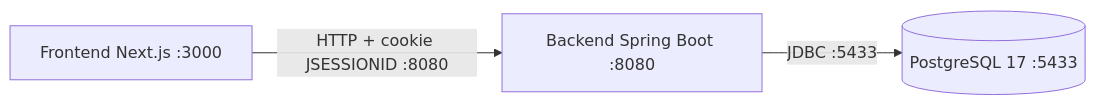
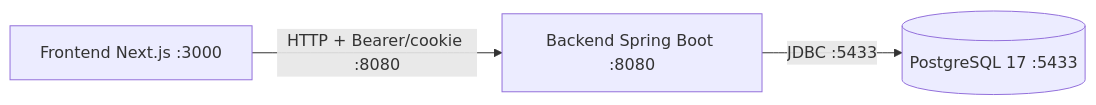
Before and after one commit to diegovieiradv/project-sentinel: the diagram in docs/architecture-foundation.md, drawn with Mermaid. The commit also changed other lines of this file and 26 other files, not shown here.

````diff
--- a/docs/architecture-foundation.md
+++ b/docs/architecture-foundation.md
@@ -31,5 +31,5 @@
 ```mermaid
 graph LR
-    FE[Frontend Next.js :3000] -->|HTTP + cookie JSESSIONID :8080| BE[Backend Spring Boot :8080]
+    FE[Frontend Next.js :3000] -->|HTTP + Bearer/cookie :8080| BE[Backend Spring Boot :8080]
     BE -->|JDBC :5433| PG[(PostgreSQL 17 :5433)]
 ```
````
